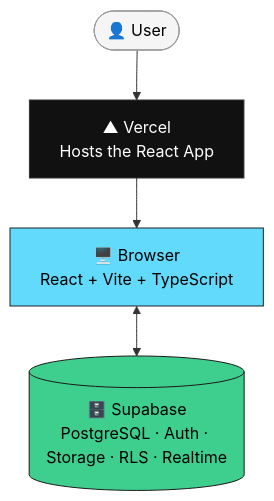
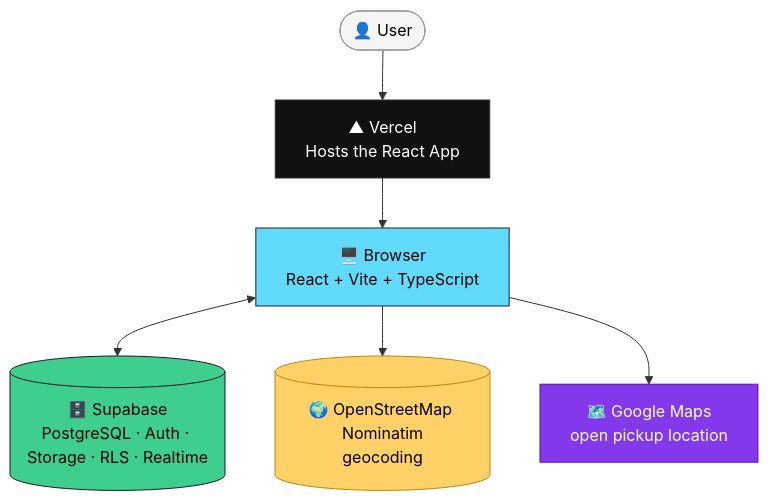
Before and after one commit to still-trying/food-rescue: the third of 10 diagrams in README.md, drawn with Mermaid. The commit also changed other lines of this file, not shown here.

````diff
--- a/README.md
+++ b/README.md
@@ -178,11 +263,15 @@
 ```mermaid
 flowchart TD
     U(["👤 User"]) --> V["▲ Vercel<br/>Hosts the React App"]
     V --> B["🖥️ Browser<br/>React + Vite + TypeScript"]
     B <--> S[("🗄️ Supabase<br/>PostgreSQL · Auth · Storage · RLS · Realtime")]
+    B --> N[("🌍 OpenStreetMap Nominatim<br/>geocoding")]
+    B --> M["🗺️ Google Maps<br/>open pickup location"]
 
     style U fill:#f5f5f5,stroke:#999999,color:#000000
     style V fill:#111111,stroke:#333333,color:#ffffff
     style B fill:#61DAFB,stroke:#20232a,color:#000000
     style S fill:#3ECF8E,stroke:#1a1a1a,color:#000000
+    style N fill:#FFD166,stroke:#b8860b,color:#000000
+    style M fill:#8338EC,stroke:#5b0fb3,color:#ffffff
 ```
````
